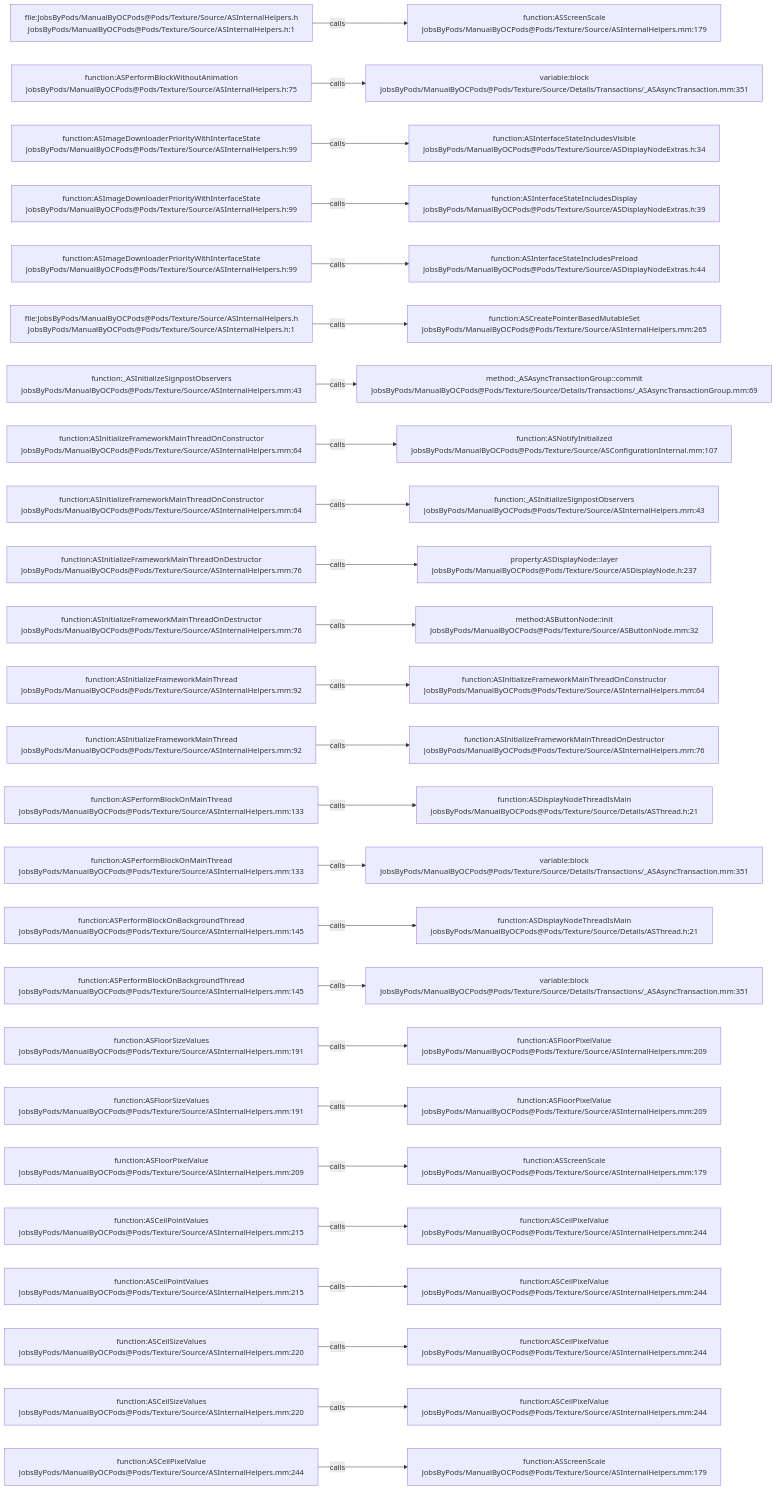
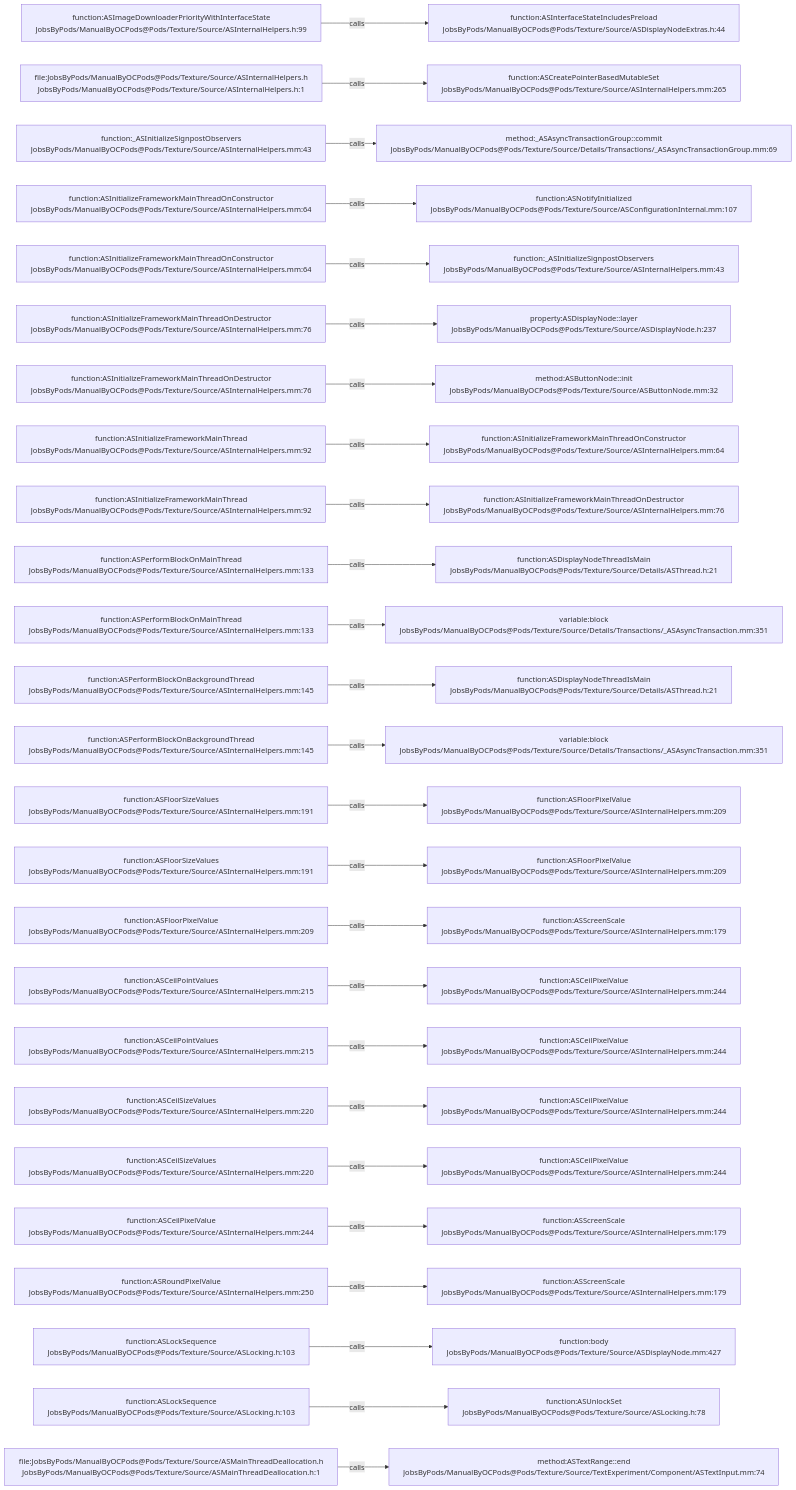
Before and after one commit to JobsKits/JobsOCBaseConfigDemo: the diagram in .codegraph/codegraph.md/graphs/calls-109.md, drawn with Mermaid. The commit also changed 727 other files, not shown here.

````diff
--- a/.codegraph/codegraph.md/graphs/calls-109.md
+++ b/.codegraph/codegraph.md/graphs/calls-109.md
@@ -13,78 +13,78 @@
 ```mermaid
 flowchart LR
-  S1["file:JobsByPods/ManualByOCPods@Pods/Texture/Source/ASInternalHelpers.h<br/>JobsByPods/ManualByOCPods@Pods/Texture/Source/ASInternalHelpers.h:1"]
-  T1["function:ASScreenScale<br/>JobsByPods/ManualByOCPods@Pods/Texture/Source/ASInternalHelpers.mm:179"]
+  S1["function:ASImageDownloaderPriorityWithInterfaceState<br/>JobsByPods/ManualByOCPods@Pods/Texture/Source/ASInternalHelpers.h:99"]
+  T1["function:ASInterfaceStateIncludesPreload<br/>JobsByPods/ManualByOCPods@Pods/Texture/Source/ASDisplayNodeExtras.h:44"]
   S1 -->|calls| T1
-  S2["function:ASPerformBlockWithoutAnimation<br/>JobsByPods/ManualByOCPods@Pods/Texture/Source/ASInternalHelpers.h:75"]
-  T2["variable:block<br/>JobsByPods/ManualByOCPods@Pods/Texture/Source/Details/Transactions/_ASAsyncTransaction.mm:351"]
+  S2["file:JobsByPods/ManualByOCPods@Pods/Texture/Source/ASInternalHelpers.h<br/>JobsByPods/ManualByOCPods@Pods/Texture/Source/ASInternalHelpers.h:1"]
+  T2["function:ASCreatePointerBasedMutableSet<br/>JobsByPods/ManualByOCPods@Pods/Texture/Source/ASInternalHelpers.mm:265"]
   S2 -->|calls| T2
-  S3["function:ASImageDownloaderPriorityWithInterfaceState<br/>JobsByPods/ManualByOCPods@Pods/Texture/Source/ASInternalHelpers.h:99"]
-  T3["function:ASInterfaceStateIncludesVisible<br/>JobsByPods/ManualByOCPods@Pods/Texture/Source/ASDisplayNodeExtras.h:34"]
+  S3["function:_ASInitializeSignpostObservers<br/>JobsByPods/ManualByOCPods@Pods/Texture/Source/ASInternalHelpers.mm:43"]
+  T3["method:_ASAsyncTransactionGroup::commit<br/>JobsByPods/ManualByOCPods@Pods/Texture/Source/Details/Transactions/_ASAsyncTransactionGroup.mm:69"]
   S3 -->|calls| T3
-  S4["function:ASImageDownloaderPriorityWithInterfaceState<br/>JobsByPods/ManualByOCPods@Pods/Texture/Source/ASInternalHelpers.h:99"]
-  T4["function:ASInterfaceStateIncludesDisplay<br/>JobsByPods/ManualByOCPods@Pods/Texture/Source/ASDisplayNodeExtras.h:39"]
+  S4["function:ASInitializeFrameworkMainThreadOnConstructor<br/>JobsByPods/ManualByOCPods@Pods/Texture/Source/ASInternalHelpers.mm:64"]
+  T4["function:ASNotifyInitialized<br/>JobsByPods/ManualByOCPods@Pods/Texture/Source/ASConfigurationInternal.mm:107"]
   S4 -->|calls| T4
-  S5["function:ASImageDownloaderPriorityWithInterfaceState<br/>JobsByPods/ManualByOCPods@Pods/Texture/Source/ASInternalHelpers.h:99"]
-  T5["function:ASInterfaceStateIncludesPreload<br/>JobsByPods/ManualByOCPods@Pods/Texture/Source/ASDisplayNodeExtras.h:44"]
+  S5["function:ASInitializeFrameworkMainThreadOnConstructor<br/>JobsByPods/ManualByOCPods@Pods/Texture/Source/ASInternalHelpers.mm:64"]
+  T5["function:_ASInitializeSignpostObservers<br/>JobsByPods/ManualByOCPods@Pods/Texture/Source/ASInternalHelpers.mm:43"]
   S5 -->|calls| T5
-  S6["file:JobsByPods/ManualByOCPods@Pods/Texture/Source/ASInternalHelpers.h<br/>JobsByPods/ManualByOCPods@Pods/Texture/Source/ASInternalHelpers.h:1"]
-  T6["function:ASCreatePointerBasedMutableSet<br/>JobsByPods/ManualByOCPods@Pods/Texture/Source/ASInternalHelpers.mm:265"]
+  S6["function:ASInitializeFrameworkMainThreadOnDestructor<br/>JobsByPods/ManualByOCPods@Pods/Texture/Source/ASInternalHelpers.mm:76"]
+  T6["property:ASDisplayNode::layer<br/>JobsByPods/ManualByOCPods@Pods/Texture/Source/ASDisplayNode.h:237"]
   S6 -->|calls| T6
-  S7["function:_ASInitializeSignpostObservers<br/>JobsByPods/ManualByOCPods@Pods/Texture/Source/ASInternalHelpers.mm:43"]
-  T7["method:_ASAsyncTransactionGroup::commit<br/>JobsByPods/ManualByOCPods@Pods/Texture/Source/Details/Transactions/_ASAsyncTransactionGroup.mm:69"]
+  S7["function:ASInitializeFrameworkMainThreadOnDestructor<br/>JobsByPods/ManualByOCPods@Pods/Texture/Source/ASInternalHelpers.mm:76"]
+  T7["method:ASButtonNode::init<br/>JobsByPods/ManualByOCPods@Pods/Texture/Source/ASButtonNode.mm:32"]
   S7 -->|calls| T7
-  S8["function:ASInitializeFrameworkMainThreadOnConstructor<br/>JobsByPods/ManualByOCPods@Pods/Texture/Source/ASInternalHelpers.mm:64"]
-  T8["function:ASNotifyInitialized<br/>JobsByPods/ManualByOCPods@Pods/Texture/Source/ASConfigurationInternal.mm:107"]
+  S8["function:ASInitializeFrameworkMainThread<br/>JobsByPods/ManualByOCPods@Pods/Texture/Source/ASInternalHelpers.mm:92"]
+  T8["function:ASInitializeFrameworkMainThreadOnConstructor<br/>JobsByPods/ManualByOCPods@Pods/Texture/Source/ASInternalHelpers.mm:64"]
   S8 -->|calls| T8
-  S9["function:ASInitializeFrameworkMainThreadOnConstructor<br/>JobsByPods/ManualByOCPods@Pods/Texture/Source/ASInternalHelpers.mm:64"]
-  T9["function:_ASInitializeSignpostObservers<br/>JobsByPods/ManualByOCPods@Pods/Texture/Source/ASInternalHelpers.mm:43"]
+  S9["function:ASInitializeFrameworkMainThread<br/>JobsByPods/ManualByOCPods@Pods/Texture/Source/ASInternalHelpers.mm:92"]
+  T9["function:ASInitializeFrameworkMainThreadOnDestructor<br/>JobsByPods/ManualByOCPods@Pods/Texture/Source/ASInternalHelpers.mm:76"]
   S9 -->|calls| T9
-  S10["function:ASInitializeFrameworkMainThreadOnDestructor<br/>JobsByPods/ManualByOCPods@Pods/Texture/Source/ASInternalHelpers.mm:76"]
-  T10["property:ASDisplayNode::layer<br/>JobsByPods/ManualByOCPods@Pods/Texture/Source/ASDisplayNode.h:237"]
+  S10["function:ASPerformBlockOnMainThread<br/>JobsByPods/ManualByOCPods@Pods/Texture/Source/ASInternalHelpers.mm:133"]
+  T10["function:ASDisplayNodeThreadIsMain<br/>JobsByPods/ManualByOCPods@Pods/Texture/Source/Details/ASThread.h:21"]
   S10 -->|calls| T10
-  S11["function:ASInitializeFrameworkMainThreadOnDestructor<br/>JobsByPods/ManualByOCPods@Pods/Texture/Source/ASInternalHelpers.mm:76"]
-  T11["method:ASButtonNode::init<br/>JobsByPods/ManualByOCPods@Pods/Texture/Source/ASButtonNode.mm:32"]
+  S11["function:ASPerformBlockOnMainThread<br/>JobsByPods/ManualByOCPods@Pods/Texture/Source/ASInternalHelpers.mm:133"]
+  T11["variable:block<br/>JobsByPods/ManualByOCPods@Pods/Texture/Source/Details/Transactions/_ASAsyncTransaction.mm:351"]
   S11 -->|calls| T11
-  S12["function:ASInitializeFrameworkMainThread<br/>JobsByPods/ManualByOCPods@Pods/Texture/Source/ASInternalHelpers.mm:92"]
-  T12["function:ASInitializeFrameworkMainThreadOnConstructor<br/>JobsByPods/ManualByOCPods@Pods/Texture/Source/ASInternalHelpers.mm:64"]
+  S12["function:ASPerformBlockOnBackgroundThread<br/>JobsByPods/ManualByOCPods@Pods/Texture/Source/ASInternalHelpers.mm:145"]
+  T12["function:ASDisplayNodeThreadIsMain<br/>JobsByPods/ManualByOCPods@Pods/Texture/Source/Details/ASThread.h:21"]
   S12 -->|calls| T12
-  S13["function:ASInitializeFrameworkMainThread<br/>JobsByPods/ManualByOCPods@Pods/Texture/Source/ASInternalHelpers.mm:92"]
-  T13["function:ASInitializeFrameworkMainThreadOnDestructor<br/>JobsByPods/ManualByOCPods@Pods/Texture/Source/ASInternalHelpers.mm:76"]
+  S13["function:ASPerformBlockOnBackgroundThread<br/>JobsByPods/ManualByOCPods@Pods/Texture/Source/ASInternalHelpers.mm:145"]
+  T13["variable:block<br/>JobsByPods/ManualByOCPods@Pods/Texture/Source/Details/Transactions/_ASAsyncTransaction.mm:351"]
   S13 -->|calls| T13
-  S14["function:ASPerformBlockOnMainThread<br/>JobsByPods/ManualByOCPods@Pods/Texture/Source/ASInternalHelpers.mm:133"]
-  T14["function:ASDisplayNodeThreadIsMain<br/>JobsByPods/ManualByOCPods@Pods/Texture/Source/Details/ASThread.h:21"]
+  S14["function:ASFloorSizeValues<br/>JobsByPods/ManualByOCPods@Pods/Texture/Source/ASInternalHelpers.mm:191"]
+  T14["function:ASFloorPixelValue<br/>JobsByPods/ManualByOCPods@Pods/Texture/Source/ASInternalHelpers.mm:209"]
   S14 -->|calls| T14
-  S15["function:ASPerformBlockOnMainThread<br/>JobsByPods/ManualByOCPods@Pods/Texture/Source/ASInternalHelpers.mm:133"]
-  T15["variable:block<br/>JobsByPods/ManualByOCPods@Pods/Texture/Source/Details/Transactions/_ASAsyncTransaction.mm:351"]
+  S15["function:ASFloorSizeValues<br/>JobsByPods/ManualByOCPods@Pods/Texture/Source/ASInternalHelpers.mm:191"]
+  T15["function:ASFloorPixelValue<br/>JobsByPods/ManualByOCPods@Pods/Texture/Source/ASInternalHelpers.mm:209"]
   S15 -->|calls| T15
-  S16["function:ASPerformBlockOnBackgroundThread<br/>JobsByPods/ManualByOCPods@Pods/Texture/Source/ASInternalHelpers.mm:145"]
-  T16["function:ASDisplayNodeThreadIsMain<br/>JobsByPods/ManualByOCPods@Pods/Texture/Source/Details/ASThread.h:21"]
+  S16["function:ASFloorPixelValue<br/>JobsByPods/ManualByOCPods@Pods/Texture/Source/ASInternalHelpers.mm:209"]
+  T16["function:ASScreenScale<br/>JobsByPods/ManualByOCPods@Pods/Texture/Source/ASInternalHelpers.mm:179"]
   S16 -->|calls| T16
-  S17["function:ASPerformBlockOnBackgroundThread<br/>JobsByPods/ManualByOCPods@Pods/Texture/Source/ASInternalHelpers.mm:145"]
-  T17["variable:block<br/>JobsByPods/ManualByOCPods@Pods/Texture/Source/Details/Transactions/_ASAsyncTransaction.mm:351"]
+  S17["function:ASCeilPointValues<br/>JobsByPods/ManualByOCPods@Pods/Texture/Source/ASInternalHelpers.mm:215"]
+  T17["function:ASCeilPixelValue<br/>JobsByPods/ManualByOCPods@Pods/Texture/Source/ASInternalHelpers.mm:244"]
   S17 -->|calls| T17
-  S18["function:ASFloorSizeValues<br/>JobsByPods/ManualByOCPods@Pods/Texture/Source/ASInternalHelpers.mm:191"]
-  T18["function:ASFloorPixelValue<br/>JobsByPods/ManualByOCPods@Pods/Texture/Source/ASInternalHelpers.mm:209"]
+  S18["function:ASCeilPointValues<br/>JobsByPods/ManualByOCPods@Pods/Texture/Source/ASInternalHelpers.mm:215"]
+  T18["function:ASCeilPixelValue<br/>JobsByPods/ManualByOCPods@Pods/Texture/Source/ASInternalHelpers.mm:244"]
   S18 -->|calls| T18
-  S19["function:ASFloorSizeValues<br/>JobsByPods/ManualByOCPods@Pods/Texture/Source/ASInternalHelpers.mm:191"]
-  T19["function:ASFloorPixelValue<br/>JobsByPods/ManualByOCPods@Pods/Texture/Source/ASInternalHelpers.mm:209"]
+  S19["function:ASCeilSizeValues<br/>JobsByPods/ManualByOCPods@Pods/Texture/Source/ASInternalHelpers.mm:220"]
+  T19["function:ASCeilPixelValue<br/>JobsByPods/ManualByOCPods@Pods/Texture/Source/ASInternalHelpers.mm:244"]
   S19 -->|calls| T19
-  S20["function:ASFloorPixelValue<br/>JobsByPods/ManualByOCPods@Pods/Texture/Source/ASInternalHelpers.mm:209"]
-  T20["function:ASScreenScale<br/>JobsByPods/ManualByOCPods@Pods/Texture/Source/ASInternalHelpers.mm:179"]
+  S20["function:ASCeilSizeValues<br/>JobsByPods/ManualByOCPods@Pods/Texture/Source/ASInternalHelpers.mm:220"]
+  T20["function:ASCeilPixelValue<br/>JobsByPods/ManualByOCPods@Pods/Texture/Source/ASInternalHelpers.mm:244"]
   S20 -->|calls| T20
-  S21["function:ASCeilPointValues<br/>JobsByPods/ManualByOCPods@Pods/Texture/Source/ASInternalHelpers.mm:215"]
-  T21["function:ASCeilPixelValue<br/>JobsByPods/ManualByOCPods@Pods/Texture/Source/ASInternalHelpers.mm:244"]
+  S21["function:ASCeilPixelValue<br/>JobsByPods/ManualByOCPods@Pods/Texture/Source/ASInternalHelpers.mm:244"]
+  T21["function:ASScreenScale<br/>JobsByPods/ManualByOCPods@Pods/Texture/Source/ASInternalHelpers.mm:179"]
   S21 -->|calls| T21
-  S22["function:ASCeilPointValues<br/>JobsByPods/ManualByOCPods@Pods/Texture/Source/ASInternalHelpers.mm:215"]
-  T22["function:ASCeilPixelValue<br/>JobsByPods/ManualByOCPods@Pods/Texture/Source/ASInternalHelpers.mm:244"]
+  S22["function:ASRoundPixelValue<br/>JobsByPods/ManualByOCPods@Pods/Texture/Source/ASInternalHelpers.mm:250"]
+  T22["function:ASScreenScale<br/>JobsByPods/ManualByOCPods@Pods/Texture/Source/ASInternalHelpers.mm:179"]
   S22 -->|calls| T22
-  S23["function:ASCeilSizeValues<br/>JobsByPods/ManualByOCPods@Pods/Texture/Source/ASInternalHelpers.mm:220"]
-  T23["function:ASCeilPixelValue<br/>JobsByPods/ManualByOCPods@Pods/Texture/Source/ASInternalHelpers.mm:244"]
+  S23["function:ASLockSequence<br/>JobsByPods/ManualByOCPods@Pods/Texture/Source/ASLocking.h:103"]
+  T23["function:body<br/>JobsByPods/ManualByOCPods@Pods/Texture/Source/ASDisplayNode.mm:427"]
   S23 -->|calls| T23
-  S24["function:ASCeilSizeValues<br/>JobsByPods/ManualByOCPods@Pods/Texture/Source/ASInternalHelpers.mm:220"]
-  T24["function:ASCeilPixelValue<br/>JobsByPods/ManualByOCPods@Pods/Texture/Source/ASInternalHelpers.mm:244"]
+  S24["function:ASLockSequence<br/>JobsByPods/ManualByOCPods@Pods/Texture/Source/ASLocking.h:103"]
+  T24["function:ASUnlockSet<br/>JobsByPods/ManualByOCPods@Pods/Texture/Source/ASLocking.h:78"]
   S24 -->|calls| T24
-  S25["function:ASCeilPixelValue<br/>JobsByPods/ManualByOCPods@Pods/Texture/Source/ASInternalHelpers.mm:244"]
-  T25["function:ASScreenScale<br/>JobsByPods/ManualByOCPods@Pods/Texture/Source/ASInternalHelpers.mm:179"]
+  S25["file:JobsByPods/ManualByOCPods@Pods/Texture/Source/ASMainThreadDeallocation.h<br/>JobsByPods/ManualByOCPods@Pods/Texture/Source/ASMainThreadDeallocation.h:1"]
+  T25["method:ASTextRange::end<br/>JobsByPods/ManualByOCPods@Pods/Texture/Source/TextExperiment/Component/ASTextInput.mm:74"]
   S25 -->|calls| T25
 ```
````
